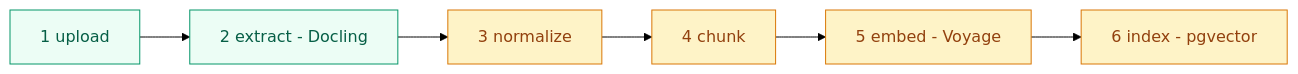
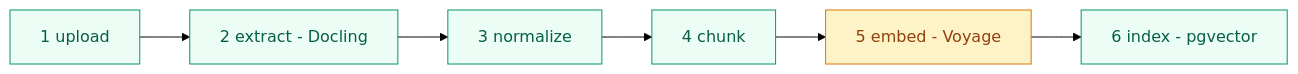
One commit to moisturicer/IRIS changed the third of 11 diagrams in docs/chunker_architecture.md. Above: the diagram before and after it, drawn with Mermaid (forest theme). The commit also changed other lines of this file and 16 other files, not shown here.

````diff
--- a/docs/chunker_architecture.md
+++ b/docs/chunker_architecture.md
@@ -209,12 +209,12 @@
 ```mermaid
 flowchart LR
   U["1 upload"] --> X["2 extract - Docling"]
   X --> N["3 normalize"]
   N --> C["4 chunk"]
   C --> E["5 embed - Voyage"]
   E --> I["6 index - pgvector"]
   classDef done fill:#ecfdf5,stroke:#059669,color:#065f46;
   classDef todo fill:#fef3c7,stroke:#d97706,color:#92400e;
-  class U,X done
-  class N,C,E,I todo
+  class U,X,N,C,I done
+  class E todo
 ```
````
